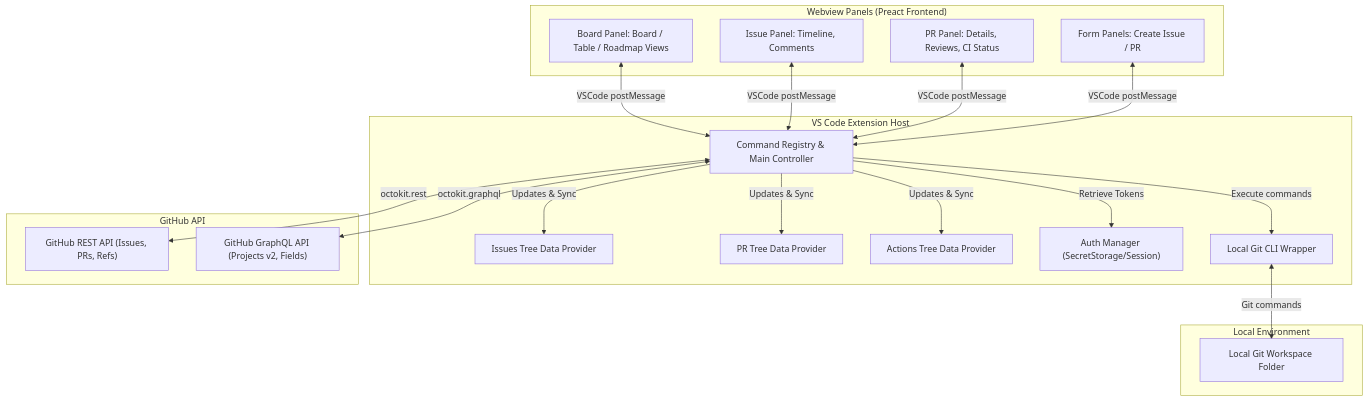
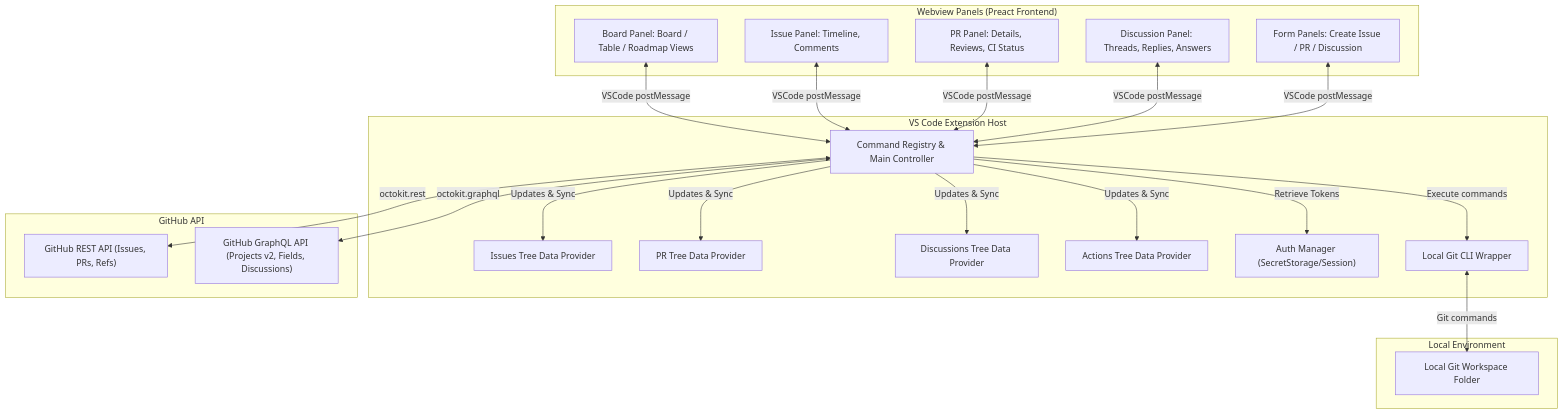
The first of 5 diagrams in README.md (martian7777/RepoDeck), drawn with Mermaid before and after one commit. The commit also changed other lines of this file and 14 other files, not shown here.

First line of the commit message:
feat: add GitHub Discussions view, panel and creation form

````diff
--- a/README.md
+++ b/README.md
@@ -41,42 +41,46 @@
 ```mermaid
 graph TD
     subgraph Webviews ["Webview Panels (Preact Frontend)"]
         BP["Board Panel: Board / Table / Roadmap Views"]
         IP["Issue Panel: Timeline, Comments"]
         PRP["PR Panel: Details, Reviews, CI Status"]
-        FP["Form Panels: Create Issue / PR"]
+        DP["Discussion Panel: Threads, Replies, Answers"]
+        FP["Form Panels: Create Issue / PR / Discussion"]
     end
 
     subgraph ExtHost ["VS Code Extension Host"]
         EH["Command Registry & Main Controller"]
         ITP["Issues Tree Data Provider"]
         PTP["PR Tree Data Provider"]
+        DTP["Discussions Tree Data Provider"]
         ATP["Actions Tree Data Provider"]
         Auth["Auth Manager (SecretStorage/Session)"]
         GitCLI["Local Git CLI Wrapper"]
     end
 
     subgraph GHAPI ["GitHub API"]
         REST["GitHub REST API (Issues, PRs, Refs)"]
-        GraphQL["GitHub GraphQL API (Projects v2, Fields)"]
+        GraphQL["GitHub GraphQL API (Projects v2, Fields, Discussions)"]
     end
 
     subgraph LocalEnv ["Local Environment"]
         Workspace["Local Git Workspace Folder"]
     end
 
     BP <-->|VSCode postMessage| EH
     IP <-->|VSCode postMessage| EH
     PRP <-->|VSCode postMessage| EH
+    DP <-->|VSCode postMessage| EH
     FP <-->|VSCode postMessage| EH
 
     EH -->|Updates & Sync| ITP
     EH -->|Updates & Sync| PTP
+    EH -->|Updates & Sync| DTP
     EH -->|Updates & Sync| ATP
     EH -->|Retrieve Tokens| Auth
     EH -->|Execute commands| GitCLI
     
     GitCLI <-->|Git commands| Workspace
     EH <-->|octokit.rest| REST
     EH <-->|octokit.graphql| GraphQL
 ```
````
